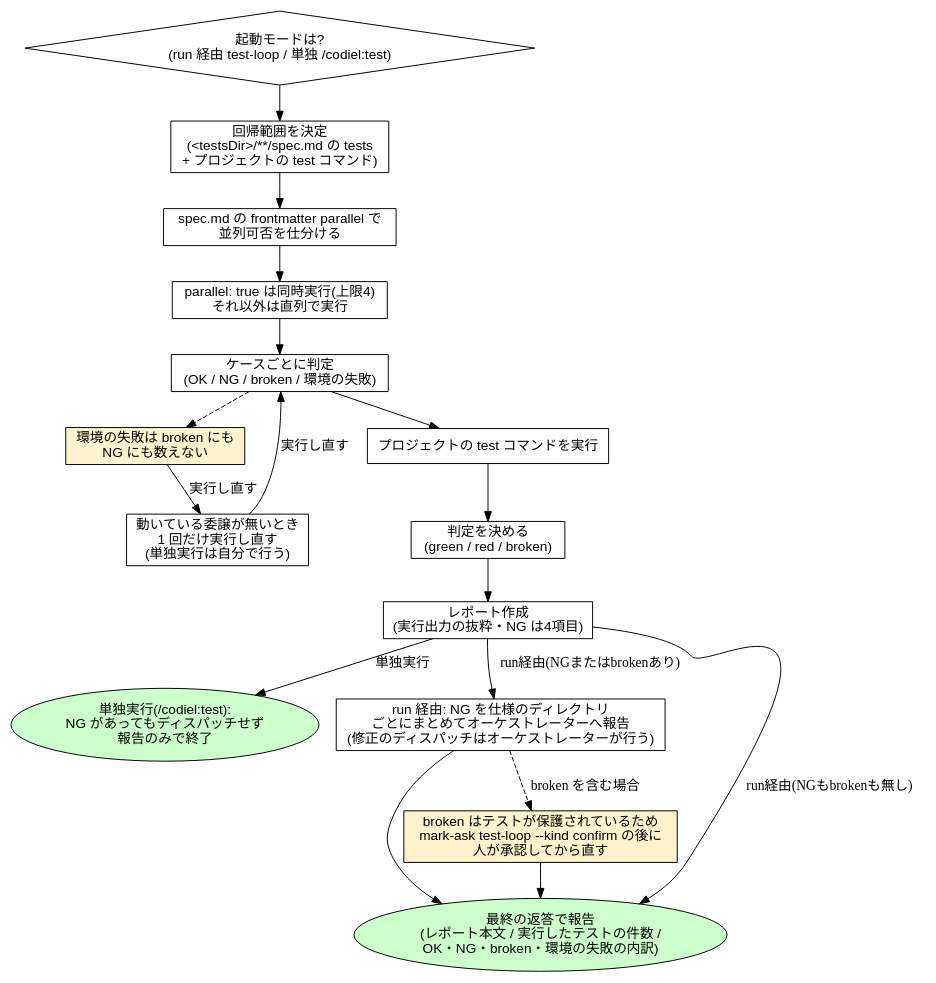
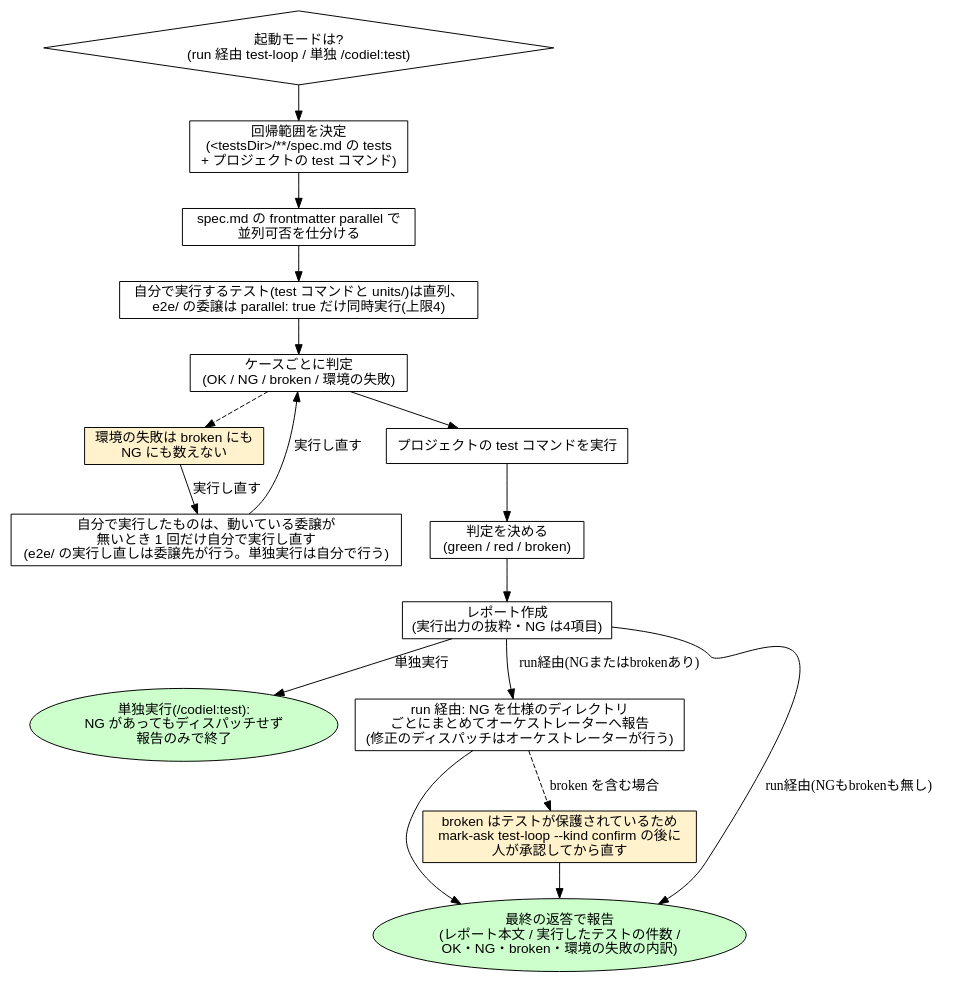
One commit to Amatsuka-kobo/amatsuka-claude-plugins changed the eighth of 15 diagrams in plugins/codiel/docs/skill-flowcharts.md. Above: the diagram before and after it, drawn with Graphviz. The commit also changed other lines of this file and 7 other files, not shown here.

````diff
--- a/plugins/codiel/docs/skill-flowcharts.md
+++ b/plugins/codiel/docs/skill-flowcharts.md
@@ -298,33 +298,33 @@
 ```dot
 digraph running_regression_tests {
   rankdir=TB;
   node [fontname="sans-serif"];
 
   mode [label="起動モードは?\n(run 経由 test-loop / 単独 /codiel:test)", shape=diamond];
   scope [label="回帰範囲を決定\n(<testsDir>/**/spec.md の tests\n+ プロジェクトの test コマンド)", shape=box];
   split [label="spec.md の frontmatter parallel で\n並列可否を仕分ける", shape=box];
-  run_tests [label="parallel: true は同時実行(上限4)\nそれ以外は直列で実行", shape=box];
+  run_tests [label="自分で実行するテスト(test コマンドと units/)は直列、\ne2e/ の委譲は parallel: true だけ同時実行(上限4)", shape=box];
   judge [label="ケースごとに判定\n(OK / NG / broken / 環境の失敗)", shape=box];
   env_fail [label="環境の失敗は broken にも\nNG にも数えない", shape=box, style=filled, fillcolor="#fff2cc"];
-  retry_env [label="動いている委譲が無いとき\n1 回だけ実行し直す\n(単独実行は自分で行う)", shape=box];
+  retry_env [label="自分で実行したものは、動いている委譲が\n無いとき 1 回だけ自分で実行し直す\n(e2e/ の実行し直しは委譲先が行う。単独実行は自分で行う)", shape=box];
   run_cmd [label="プロジェクトの test コマンドを実行", shape=box];
   verdict [label="判定を決める\n(green / red / broken)", shape=box];
   report [label="レポート作成\n(実行出力の抜粋・NG は4項目)", shape=box];
   standalone_end [label="単独実行(/codiel:test):\nNG があってもディスパッチせず\n報告のみで終了", shape=ellipse, style=filled, fillcolor="#ccffcc"];
   report_ng [label="run 経由: NG を仕様のディレクトリ\nごとにまとめてオーケストレーターへ報告\n(修正のディスパッチはオーケストレーターが行う)", shape=box];
   broken_gate [label="broken はテストが保護されているため\nmark-ask test-loop --kind confirm の後に\n人が承認してから直す", shape=box, style=filled, fillcolor="#fff2cc"];
   done [label="最終の返答で報告\n(レポート本文 / 実行したテストの件数 /\nOK・NG・broken・環境の失敗の内訳)", shape=ellipse, style=filled, fillcolor="#ccffcc"];
 
   mode -> scope;
   scope -> split -> run_tests -> judge;
   judge -> env_fail [style=dashed];
   env_fail -> retry_env -> judge [label="実行し直す"];
   judge -> run_cmd -> verdict -> report;
   report -> standalone_end [label="単独実行"];
   report -> report_ng [label="run経由(NGまたはbrokenあり)"];
   report -> done [label="run経由(NGもbrokenも無し)"];
   report_ng -> broken_gate [style=dashed, label="broken を含む場合"];
   report_ng -> done;
   broken_gate -> done;
 }
 ```
````
